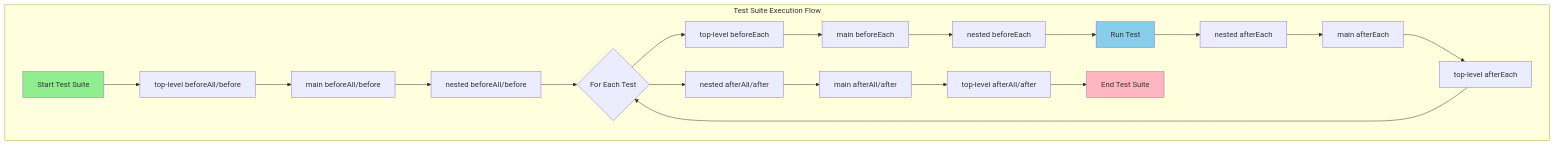
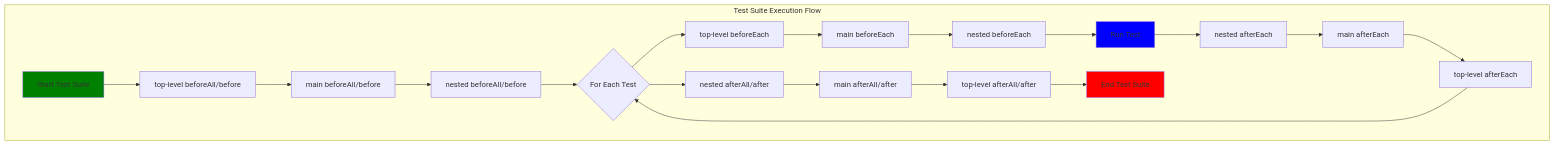
One commit to kamuiroeru/testing-library-lifecycle-hooks changed the first of 4 diagrams in RESULT.md. Above: the diagram before and after it, drawn with Mermaid. The commit also changed other lines of this file, not shown here.

Commit message:
update: mermaid color

````diff
--- a/RESULT.md
+++ b/RESULT.md
@@ -87,29 +87,29 @@
 ```mermaid
 graph TD
     subgraph "Test Suite Execution Flow"
         A[Start Test Suite] --> B[top-level beforeAll/before]
         B --> C[main beforeAll/before]
         C --> D[nested beforeAll/before]
 
         D --> E{For Each Test}
 
         E --> F[top-level beforeEach]
         F --> G[main beforeEach]
         G --> H[nested beforeEach]
         H --> I[Run Test]
         I --> J[nested afterEach]
         J --> K[main afterEach]
         K --> L[top-level afterEach]
 
         L --> E
 
         E --> M[nested afterAll/after]
         M --> N[main afterAll/after]
         N --> O[top-level afterAll/after]
         O --> P[End Test Suite]
     end
 
-    style A fill:#90EE90
-    style P fill:#FFB6C1
-    style I fill:#87CEEB
+    style A fill:green
+    style P fill:red
+    style I fill:blue
 ```
````
